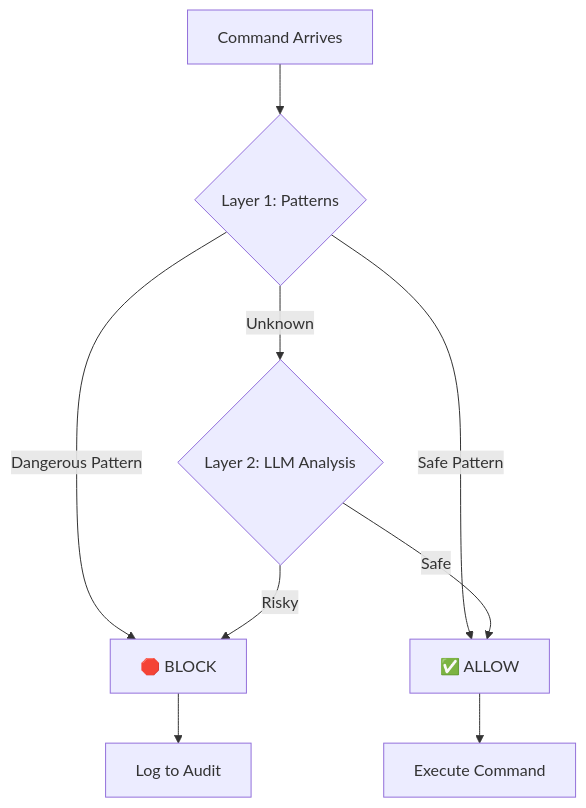
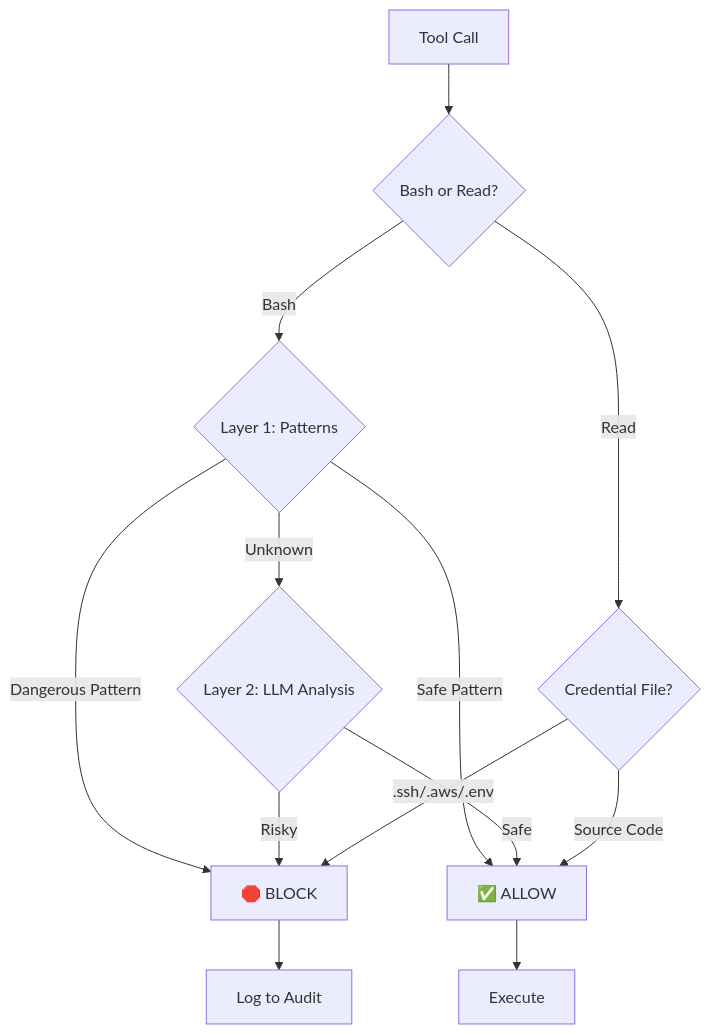
The diagram in README.md (WANTKYY/hardstop), drawn with Mermaid before and after one commit. The commit also changed other lines of this file and 11 other files, not shown here.

First line of the commit message:
v1.3.0: Add Read tool protection for credential files

````diff
--- a/README.md
+++ b/README.md
@@ -54,11 +60,15 @@
 ```mermaid
 graph TD
-    A[Command Arrives] --> B{Layer 1: Patterns};
-    B -- Dangerous Pattern --> C[🛑 BLOCK];
-    B -- Safe Pattern --> D[✅ ALLOW];
-    B -- Unknown --> E{Layer 2: LLM Analysis};
-    E -- Risky --> C;
-    E -- Safe --> D;
-    C --> F[Log to Audit];
-    D --> G[Execute Command];
+    A[Tool Call] --> B{Bash or Read?};
+    B -- Bash --> C{Layer 1: Patterns};
+    C -- Dangerous Pattern --> D[🛑 BLOCK];
+    C -- Safe Pattern --> E[✅ ALLOW];
+    C -- Unknown --> F{Layer 2: LLM Analysis};
+    F -- Risky --> D;
+    F -- Safe --> E;
+    B -- Read --> G{Credential File?};
+    G -- .ssh/.aws/.env --> D;
+    G -- Source Code --> E;
+    D --> H[Log to Audit];
+    E --> I[Execute];
 ```
````
